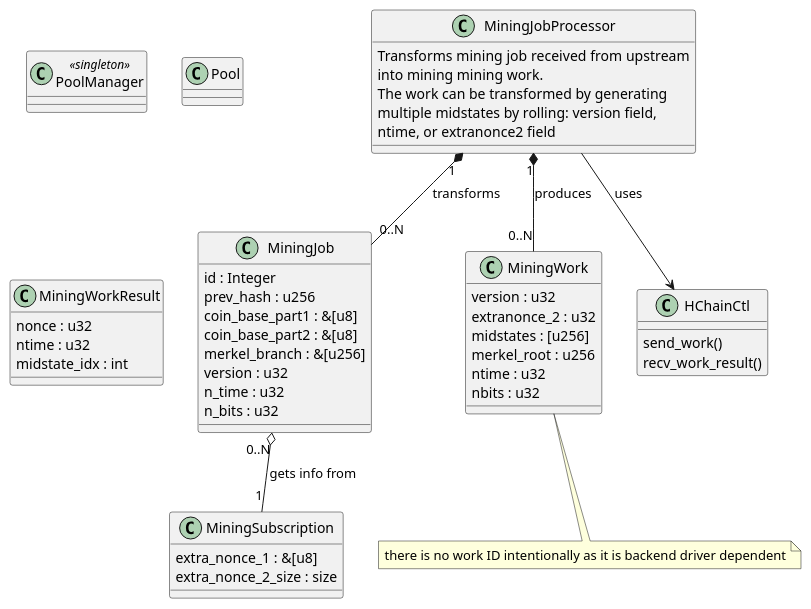
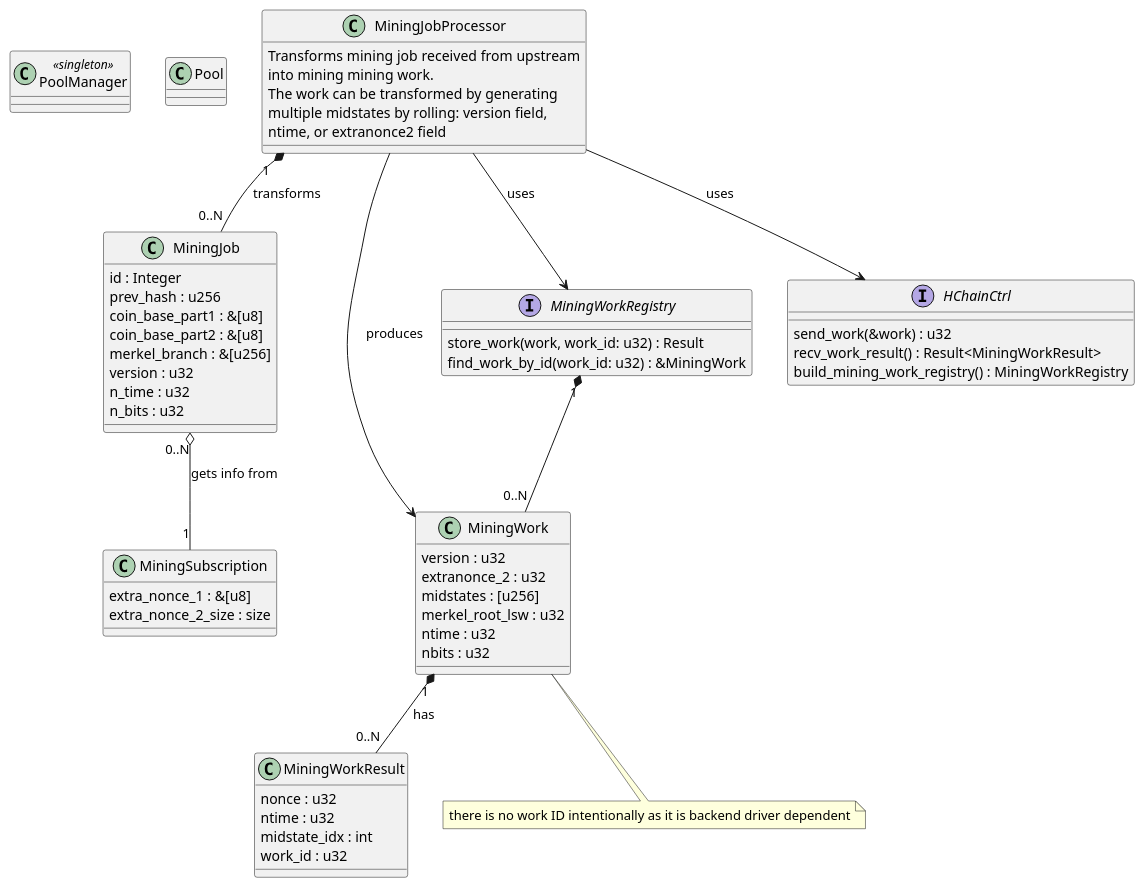
Before and after one commit to xertSuns1/braiins: the diagram in open/bosminer/classes.puml, drawn with PlantUML.

Commit message:
rurminer: doc: Add MiningWorkRegistry interface and associations to class diagram

```diff
--- a/open/bosminer/classes.puml
+++ b/open/bosminer/classes.puml
@@ -1,69 +1,81 @@
 @startuml
 
 class PoolManager <<singleton>> {
 }
 
 class Pool {
 
 }
 
 class MiningSubscription {
   extra_nonce_1 : &[u8]
   extra_nonce_2_size : size
 }
 
 class MiningJob {
   id : Integer
   prev_hash : u256
   coin_base_part1 : &[u8]
   coin_base_part2 : &[u8]
   merkel_branch : &[u256]
   version : u32
   n_time : u32
   n_bits : u32
 
 }
 class MiningJobProcessor {
 Transforms mining job received from upstream
 into mining mining work.
 The work can be transformed by generating
 multiple midstates by rolling: version field,
 ntime, or extranonce2 field
 }
 class MiningWork {
   version : u32
   extranonce_2 : u32
   midstates : [u256]
-  merkel_root : u256
+  merkel_root_lsw : u32
   ntime : u32
   nbits : u32
 }
 
 class MiningWorkResult {
   nonce : u32
   ntime : u32
   midstate_idx : int
+  work_id : u32
 }
+
+Interface MiningWorkRegistry {
+  store_work(work, work_id: u32) : Result
+  find_work_by_id(work_id: u32) : &MiningWork
+}
+
+MiningWorkRegistry "1" *-- "0..N" MiningWork
 note "there is no work ID intentionally as it is backend driver dependent" as MWN1
 
 MiningWork .. MWN1
 
-class HChainCtl {
-  send_work()
-  recv_work_result()
+Interface HChainCtrl {
+  send_work(&work) : u32
+  recv_work_result() : Result<MiningWorkResult>
+  build_mining_work_registry() : MiningWorkRegistry
 }
 
 class MiningJobProcessor {
 }
 
 MiningJob "0..N" o-- "1" MiningSubscription : gets info from
 
 'MiningSubscription "" o-- ""
 
 MiningJobProcessor "1" *-- "0..N" MiningJob : transforms
-MiningJobProcessor "1" *-- "0..N" MiningWork : produces
-MiningJobProcessor --> HChainCtl : uses
+MiningJobProcessor --> MiningWork : produces
+MiningJobProcessor --> HChainCtrl : uses
+MiningJobProcessor --> MiningWorkRegistry : uses
+
+MiningWork "1" *-- "0..N" MiningWorkResult : has
 
 
 
 @enduml
```
